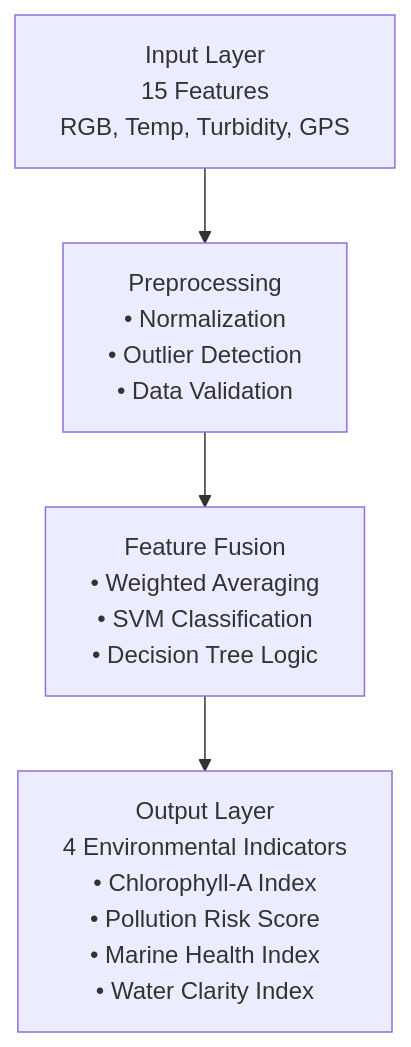
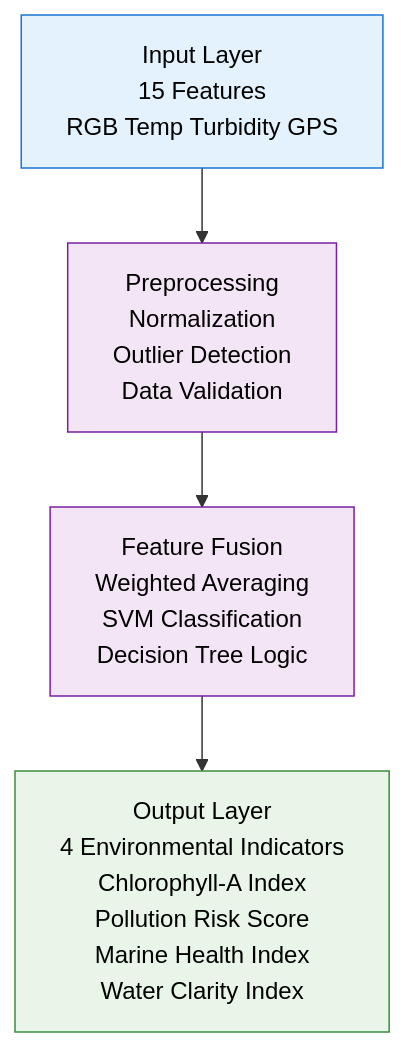
Before and after one commit to vikrantwiz02/DFP-13: the fourth of 9 diagrams in Phase-2.md, drawn with Mermaid. The commit also changed other lines of this file, not shown here.

Commit message:
Refactor diagrams and improve formatting in Phase 2 documentation for clarity and consistency

````diff
--- a/Phase-2.md
+++ b/Phase-2.md
@@ -268,14 +299,22 @@
    ```mermaid
    graph TD
-       INPUT[Input Layer<br/>15 Features<br/>RGB, Temp, Turbidity, GPS]
+       INPUT["Input Layer<br/>15 Features<br/>RGB Temp Turbidity GPS"]
        
-       PREPROCESS[Preprocessing<br/>• Normalization<br/>• Outlier Detection<br/>• Data Validation]
+       PREPROCESS["Preprocessing<br/>Normalization<br/>Outlier Detection<br/>Data Validation"]
        
-       FUSION[Feature Fusion<br/>• Weighted Averaging<br/>• SVM Classification<br/>• Decision Tree Logic]
+       FUSION["Feature Fusion<br/>Weighted Averaging<br/>SVM Classification<br/>Decision Tree Logic"]
        
-       OUTPUT[Output Layer<br/>4 Environmental Indicators<br/>• Chlorophyll-A Index<br/>• Pollution Risk Score<br/>• Marine Health Index<br/>• Water Clarity Index]
+       OUTPUT["Output Layer<br/>4 Environmental Indicators<br/>Chlorophyll-A Index<br/>Pollution Risk Score<br/>Marine Health Index<br/>Water Clarity Index"]
        
        INPUT --> PREPROCESS
        PREPROCESS --> FUSION
        FUSION --> OUTPUT
+       
+       classDef inputStyle fill:#e3f2fd,stroke:#1976d2,color:#000
+       classDef processStyle fill:#f3e5f5,stroke:#7b1fa2,color:#000
+       classDef outputStyle fill:#e8f5e8,stroke:#388e3c,color:#000
+       
+       class INPUT inputStyle
+       class PREPROCESS,FUSION processStyle
+       class OUTPUT outputStyle
    ```
````
